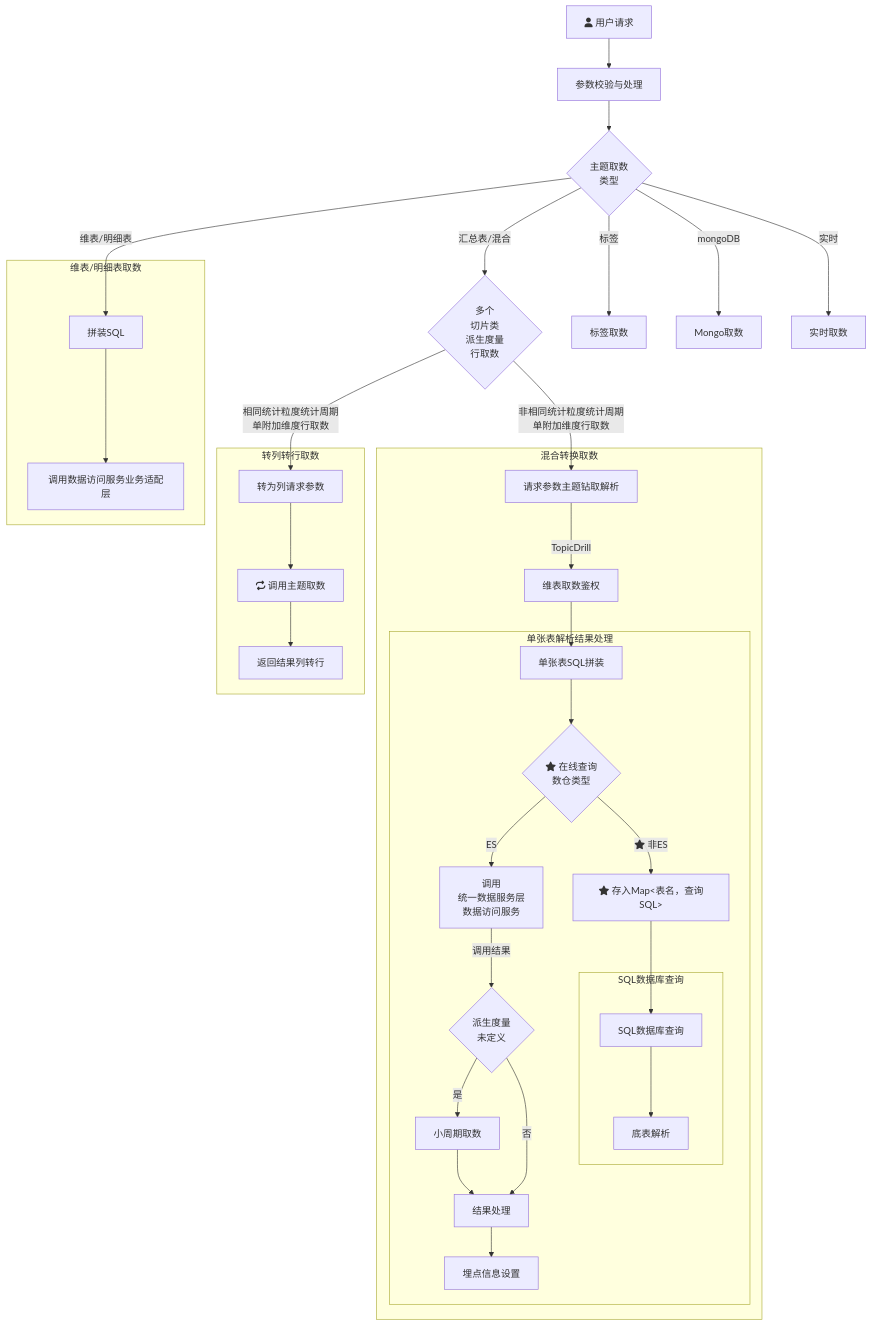
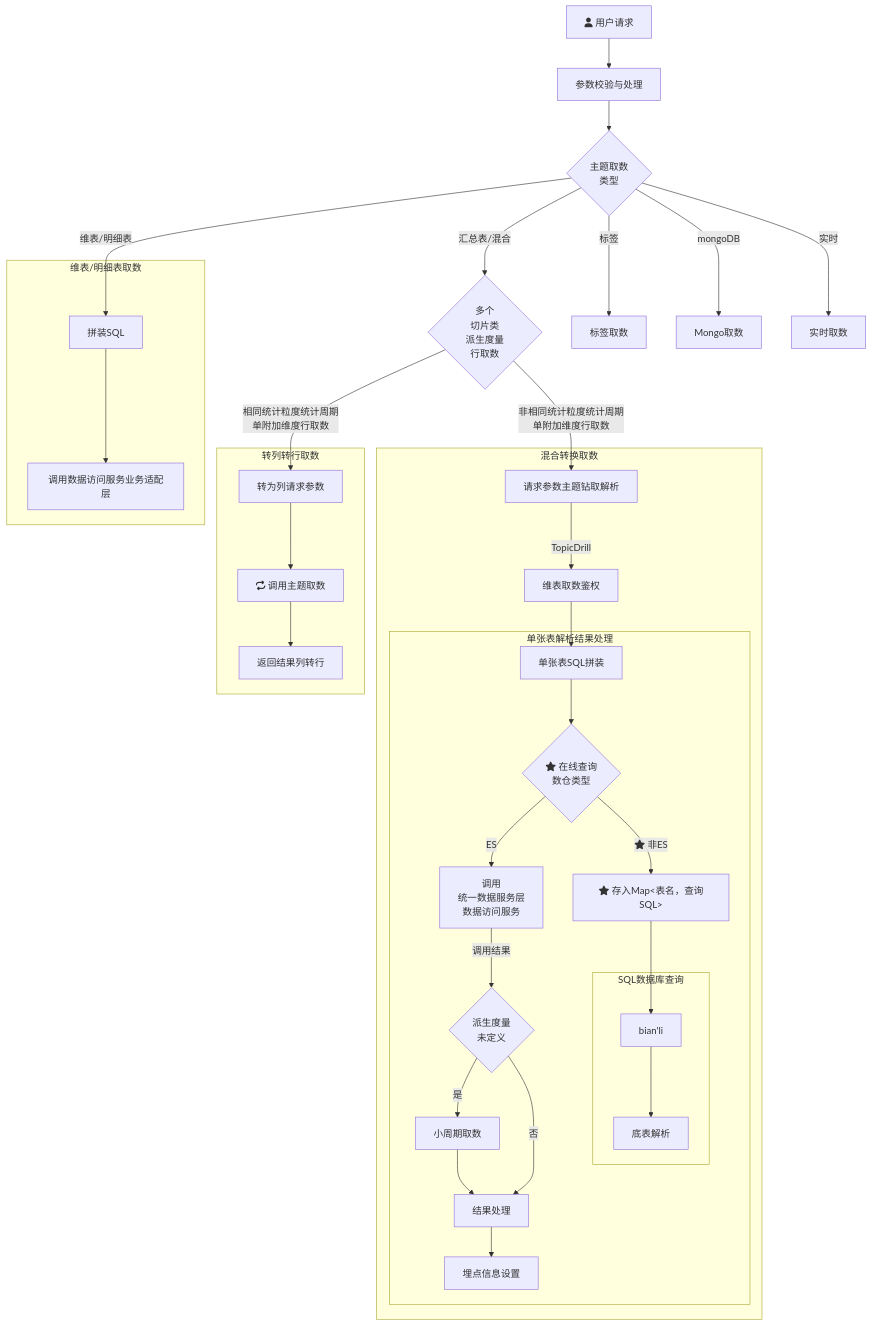
One commit to yanglosm/iodraw-files changed the diagram in all/未命名.md. Above: the diagram before and after it, drawn with Mermaid.

Commit message:
2024-11-29 19:33:31 update

````diff
--- a/all/未命名.md
+++ b/all/未命名.md
@@ -1,30 +1,30 @@
 ```mermaid
 flowchart TD
     A[fa:fa-user 用户请求] -->A1[参数校验与处理] --> B{主题取数\n类型}
     B -->|维表/明细表| D[拼装SQL]
     B -->|汇总表/混合| E{多个\n切片类\n派生度量\n行取数}
     B -->|标签| F[标签取数]
     B -->|mongoDB| G[Mongo取数]
     B -->|实时| H[实时取数]
     E -->|相同统计粒度统计周期\n单附加维度行取数| E1[转为列请求参数]
     E -->|非相同统计粒度统计周期\n单附加维度行取数| T1[请求参数主题钻取解析]
     subgraph 维表/明细表取数
     D-->D1[调用数据访问服务业务适配层]
     end
     subgraph 转列转行取数
     E1-->E11[fa:fa-repeat 调用主题取数]-->E12[返回结果列转行]
     end
     subgraph 混合转换取数
     T1-->|TopicDrill| T2[维表取数鉴权] --> T31[单张表SQL拼装]
         subgraph 单张表解析结果处理
         T31 --> T4{fa:fa-star 在线查询\n数仓类型}-->|ES|T32[调用\n统一数据服务层\n数据访问服务] --> |调用结果|T33{派生度量\n未定义}
         T33 --> |是|T33_1[小周期取数]-->T34[结果处理]-->T35[埋点信息设置]
         T33 --> |否|T34
         T4 --> |fa:fa-star 非ES|T41["fa:fa-star 存入Map<表名，查询SQL>"]
-        T41 --> T42[SQL数据库查询]
+        T41 --> T42[bian'li]
             subgraph SQL数据库查询
             T42 --> M1[底表解析]
             end
         end
     end
 ```
````
